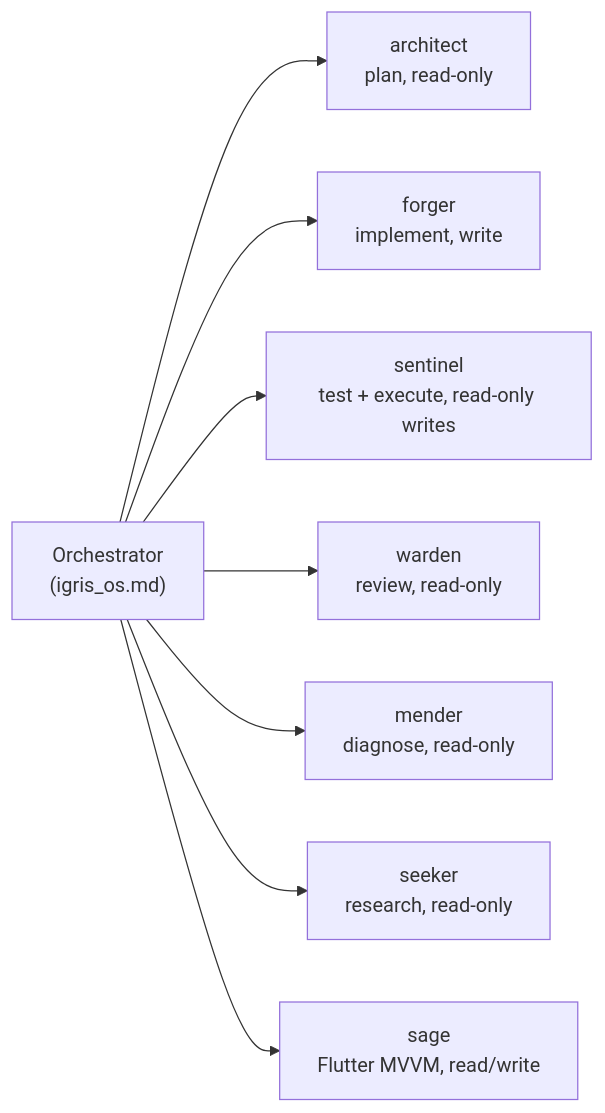
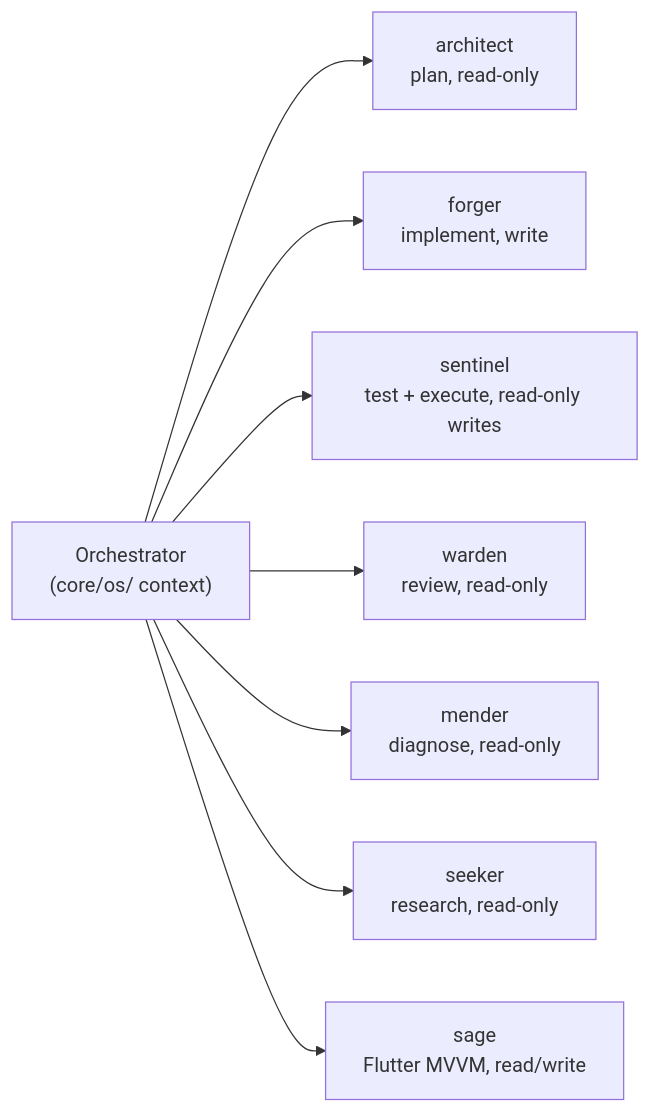
One commit to fiftynotai/igris-ai changed the fifth of 5 diagrams in docs/architecture/SYSTEM.md. Above: the diagram before and after it, drawn with Mermaid. The commit also changed other lines of this file and 34 other files, not shown here.

````diff
--- a/docs/architecture/SYSTEM.md
+++ b/docs/architecture/SYSTEM.md
@@ -224,11 +224,11 @@
 ```mermaid
 flowchart LR
-    O["Orchestrator<br/>(igris_os.md)"]
+    O["Orchestrator<br/>(core/os/ context)"]
     O --> A["architect<br/>plan, read-only"]
     O --> F["forger<br/>implement, write"]
     O --> S["sentinel<br/>test + execute, read-only writes"]
     O --> W["warden<br/>review, read-only"]
     O --> M["mender<br/>diagnose, read-only"]
     O --> K["seeker<br/>research, read-only"]
     O --> G["sage<br/>Flutter MVVM, read/write"]
 ```
````
